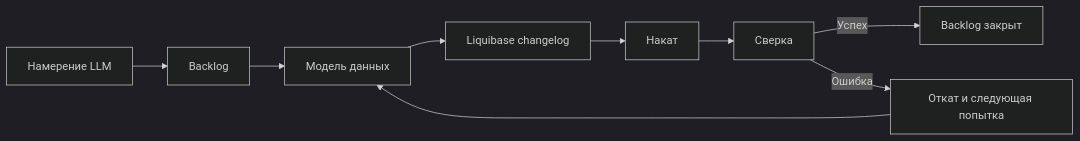
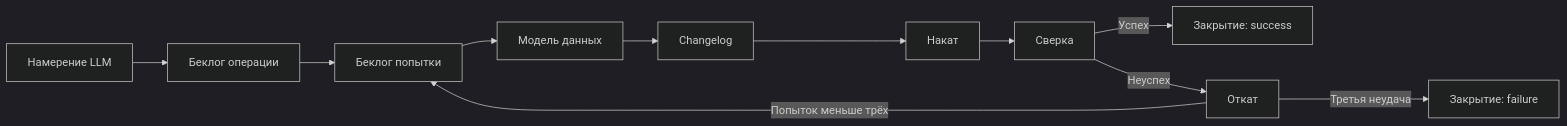
Before and after one commit to united-software-platform/liquibase-forge: the diagram in BUSINESS-REQUIREMENTS.md, drawn with Mermaid (dark theme). The commit also changed other lines of this file and 10 other files, not shown here.

````diff
--- a/BUSINESS-REQUIREMENTS.md
+++ b/BUSINESS-REQUIREMENTS.md
@@ -43,11 +43,13 @@
 ```mermaid
 flowchart LR
-    A[Намерение LLM] --> B[Backlog]
-    B --> C[Модель данных]
-    C --> D[Liquibase changelog]
-    D --> E[Накат]
-    E --> F[Сверка]
-    F -->|Успех| G[Backlog закрыт]
-    F -->|Ошибка| H[Откат и следующая попытка]
-    H --> C
+    A[Намерение LLM] --> B[Беклог операции]
+    B --> C[Беклог попытки]
+    C --> D[Модель данных]
+    D --> E[Changelog]
+    E --> F[Накат]
+    F --> G[Сверка]
+    G -->|Успех| H[Закрытие: success]
+    G -->|Неуспех| I[Откат]
+    I -->|Попыток меньше трёх| C
+    I -->|Третья неудача| J[Закрытие: failure]
 ```
````
